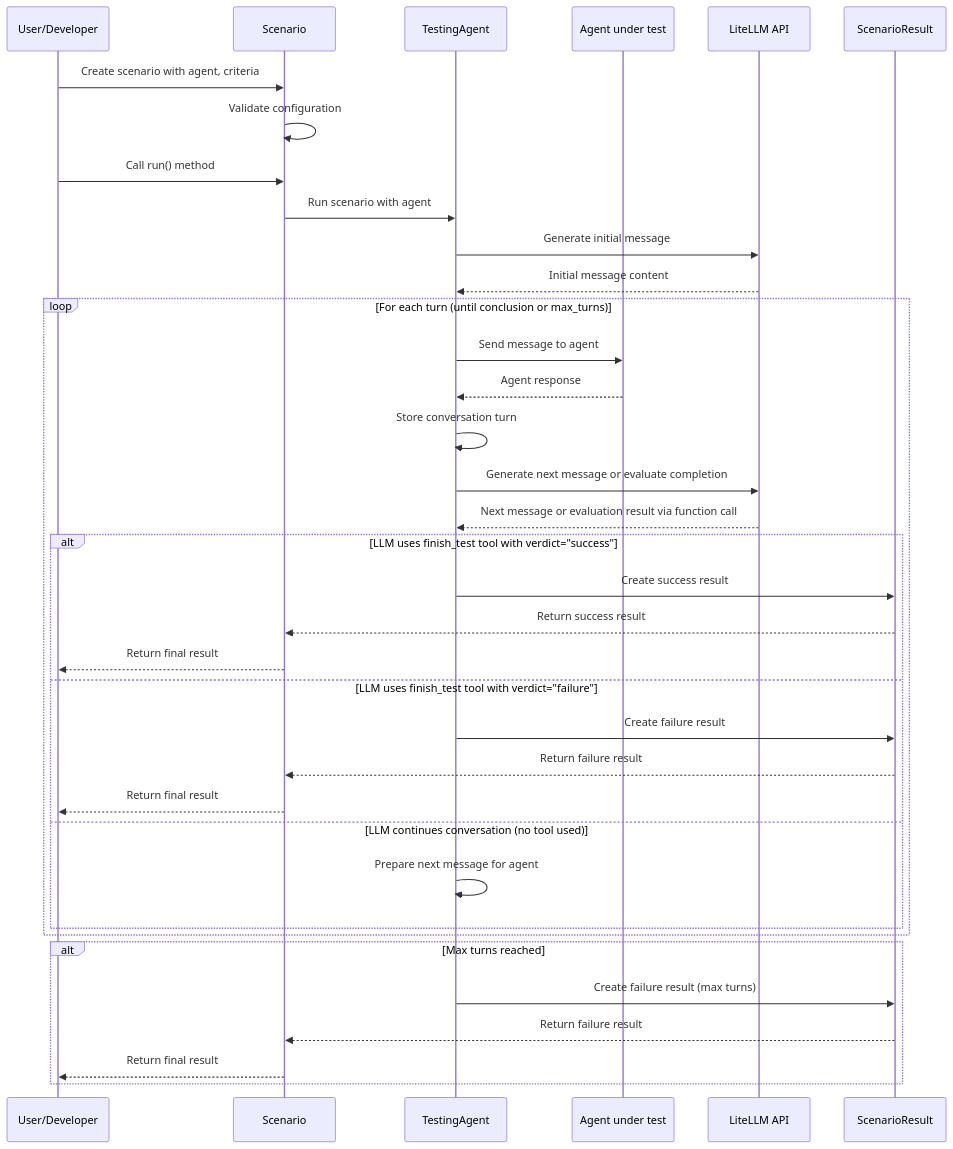
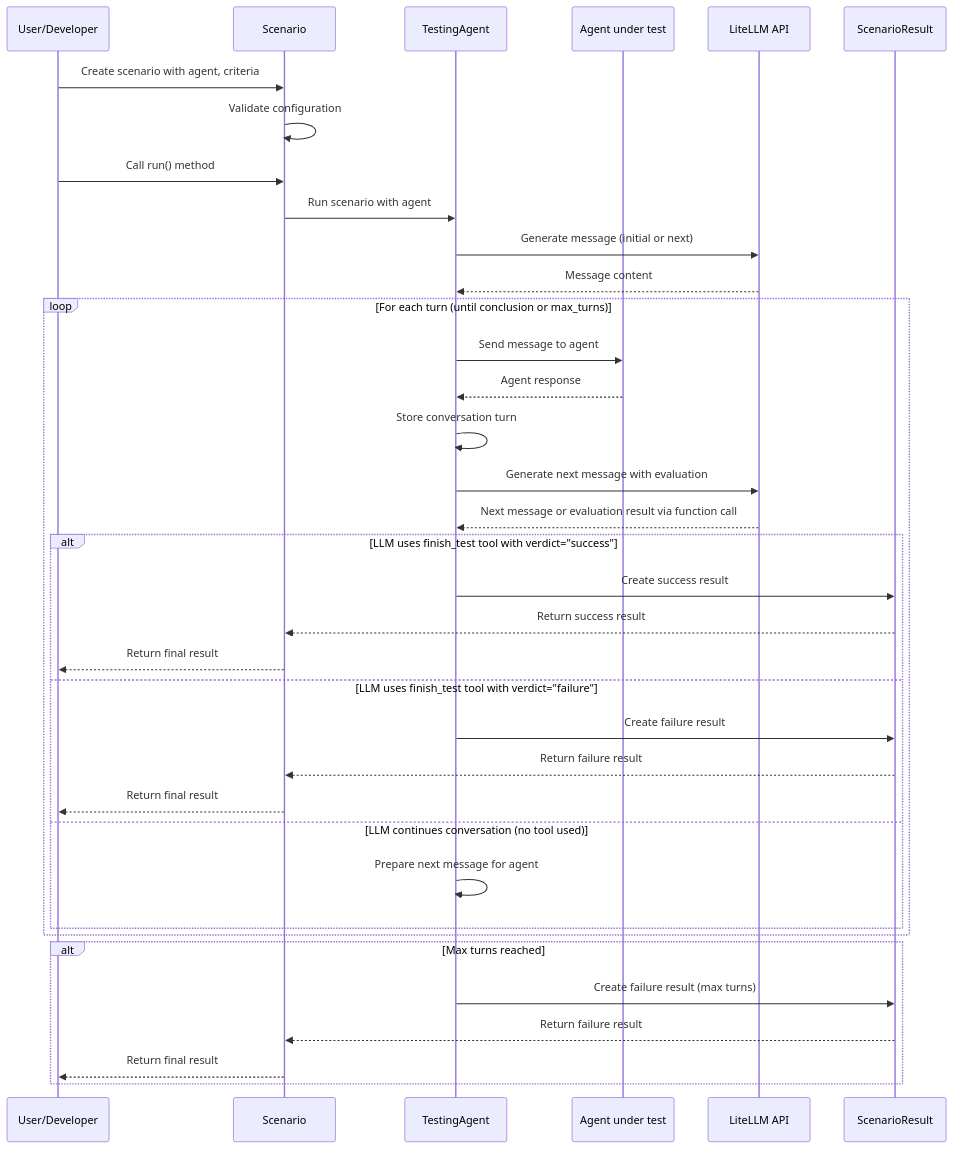
Before and after one commit to spatnaik17/scenario-agent-testing: the third of 3 diagrams in CONTRIBUTING.md, drawn with Mermaid. The commit also changed other lines of this file and 26 other files, not shown here.

````diff
--- a/CONTRIBUTING.md
+++ b/CONTRIBUTING.md
@@ -133,45 +134,45 @@
 ```mermaid
 sequenceDiagram
     participant User as User/Developer
     participant S as Scenario
     participant TA as TestingAgent
     participant A as Agent under test
     participant LLM as LiteLLM API
     participant SR as ScenarioResult
 
     User->>S: Create scenario with agent, criteria
     S->>S: Validate configuration
     User->>S: Call run() method
 
     S->>TA: Run scenario with agent
 
-    TA->>LLM: Generate initial message
-    LLM-->>TA: Initial message content
+    TA->>LLM: Generate message (initial or next)
+    LLM-->>TA: Message content
 
     loop For each turn (until conclusion or max_turns)
         TA->>A: Send message to agent
         A-->>TA: Agent response
         TA->>TA: Store conversation turn
 
-        TA->>LLM: Generate next message or evaluate completion
+        TA->>LLM: Generate next message with evaluation
         LLM-->>TA: Next message or evaluation result via function call
 
         alt LLM uses finish_test tool with verdict="success"
             TA->>SR: Create success result
             SR-->>S: Return success result
             S-->>User: Return final result
         else LLM uses finish_test tool with verdict="failure"
             TA->>SR: Create failure result
             SR-->>S: Return failure result
             S-->>User: Return final result
         else LLM continues conversation (no tool used)
             TA->>TA: Prepare next message for agent
         end
     end
 
     alt Max turns reached
         TA->>SR: Create failure result (max turns)
         SR-->>S: Return failure result
         S-->>User: Return final result
     end
 ```
````
